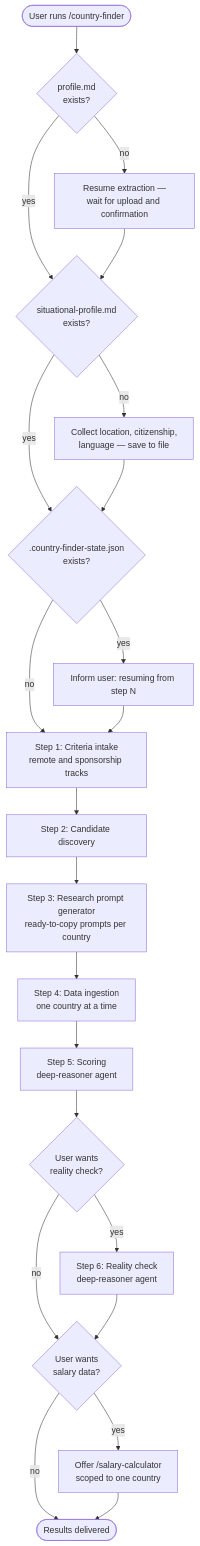
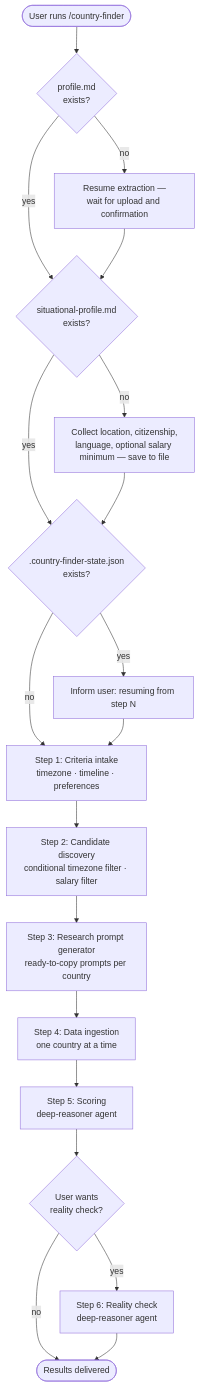
The diagram in docs/commands/country-finder.md (myowinthein/agent-compass), drawn with Mermaid before and after one commit. The commit also changed other lines of this file and 13 other files, not shown here.

First line of the commit message:
refactor(country-finder): overhaul step1-6 pipeline, command, and docs

````diff
--- a/docs/commands/country-finder.md
+++ b/docs/commands/country-finder.md
@@ -14,29 +14,25 @@
 ```mermaid
 flowchart TD
   Start([User runs /country-finder]) --> Profile{profile.md<br/>exists?}
   Profile -->|no| Extract[Resume extraction —<br/>wait for upload and confirmation]
   Profile -->|yes| Sit
   Extract --> Sit
 
-  Sit{situational-profile.md<br/>exists?} -->|no| SitQ[Collect location, citizenship,<br/>language — save to file]
+  Sit{situational-profile.md<br/>exists?} -->|no| SitQ[Collect location, citizenship,<br/>language, optional salary minimum — save to file]
   Sit -->|yes| State
   SitQ --> State
 
   State{.country-finder-state.json<br/>exists?} -->|yes| Resume[Inform user: resuming from step N]
   State -->|no| S1
   Resume --> S1
 
-  S1[Step 1: Criteria intake<br/>remote and sponsorship tracks] --> S2
-  S2[Step 2: Candidate discovery] --> S3
+  S1[Step 1: Criteria intake<br/>timezone · timeline · preferences] --> S2
+  S2[Step 2: Candidate discovery<br/>conditional timezone filter · salary filter] --> S3
   S3[Step 3: Research prompt generator<br/>ready-to-copy prompts per country] --> S4
   S4[Step 4: Data ingestion<br/>one country at a time] --> S5
   S5[Step 5: Scoring<br/>deep-reasoner agent] --> RCQ
 
-  RCQ{User wants<br/>reality check?} -->|no| SCQ
+  RCQ{User wants<br/>reality check?} -->|no| Done
   RCQ -->|yes| S6[Step 6: Reality check<br/>deep-reasoner agent]
-  S6 --> SCQ
-
-  SCQ{User wants<br/>salary data?} -->|yes| SC[Offer /salary-calculator<br/>scoped to one country]
-  SCQ -->|no| Done([Results delivered])
-  SC --> Done
+  S6 --> Done([Results delivered])
 ```
````
